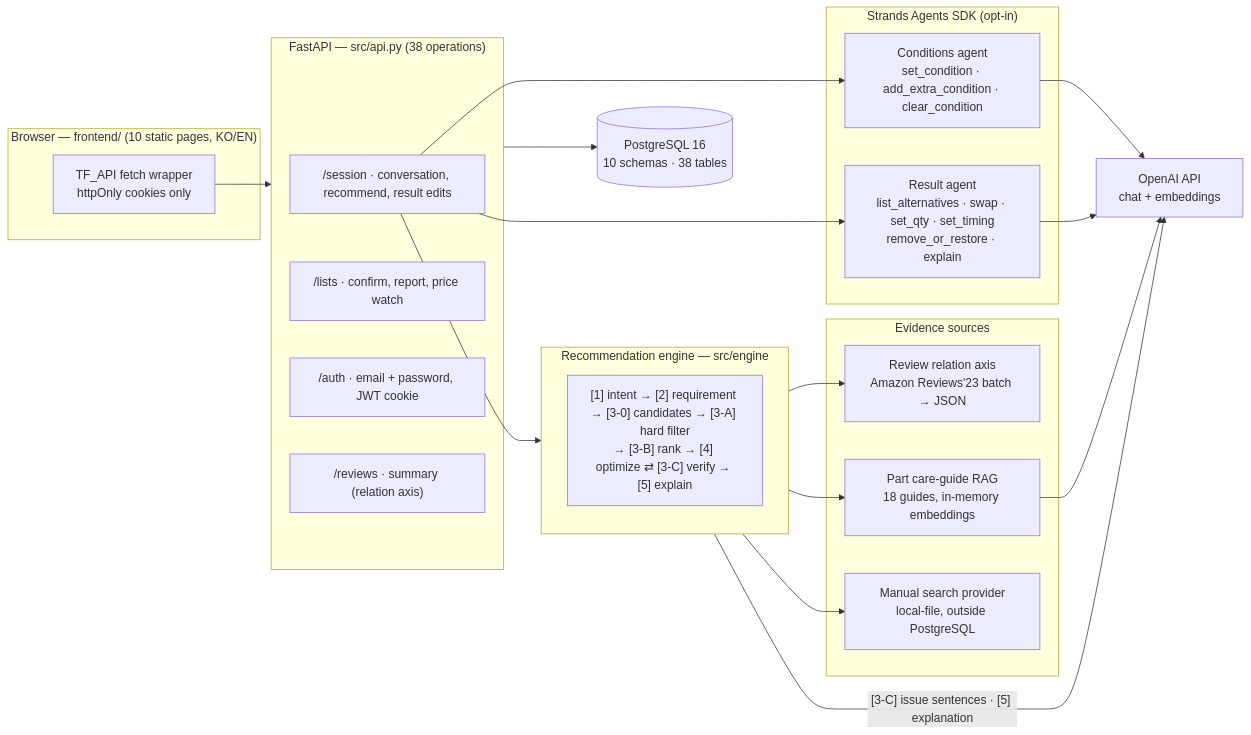
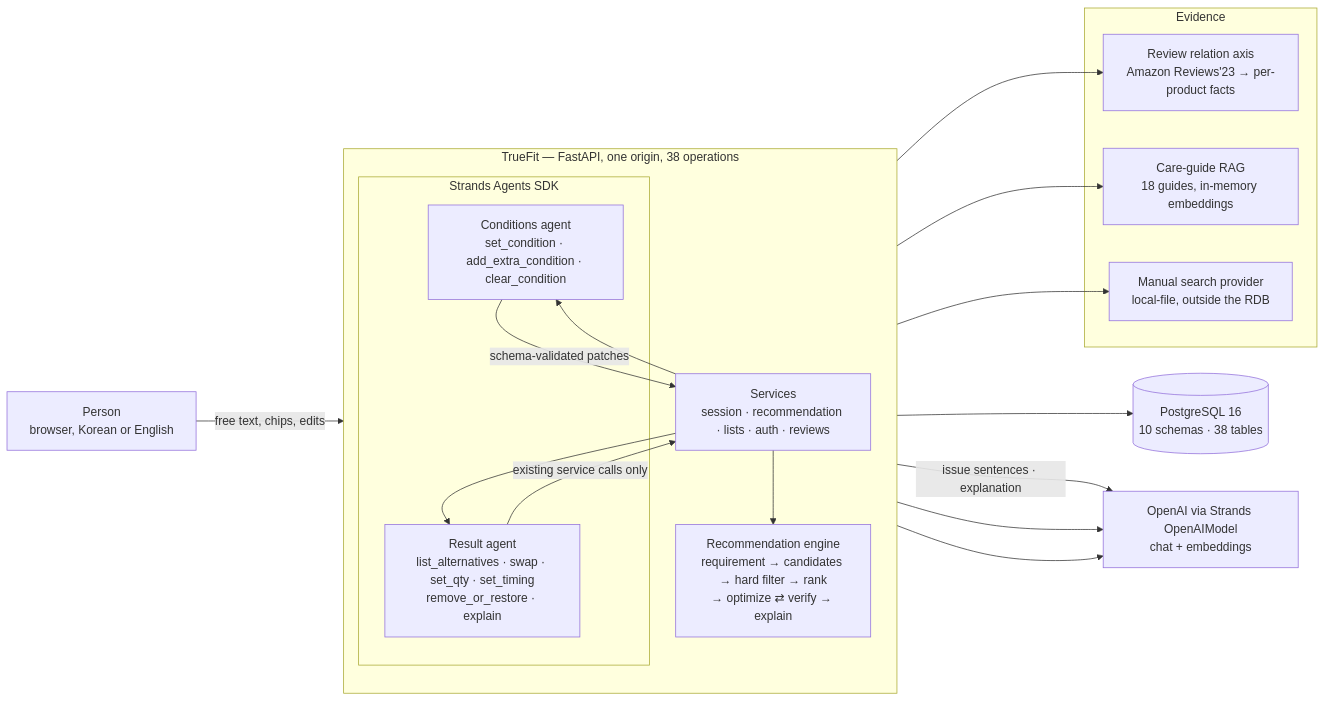
Before and after one commit to SKNETWORKS-FAMILY-AICAMP/SKN32-FINAL-4TEAM: the diagram in README.md, drawn with Mermaid. The commit also changed other lines of this file and 7 other files, not shown here.

````diff
--- a/README.md
+++ b/README.md
@@ -29,33 +85,33 @@
 ```mermaid
 flowchart LR
-  subgraph Browser["Browser — frontend/ (10 static pages, KO/EN)"]
-    UI["TF_API fetch wrapper<br/>httpOnly cookies only"]
+  U["Person<br/>browser, Korean or English"]
+  subgraph App["TrueFit — FastAPI, one origin, 38 operations"]
+    direction TB
+    SVC["Services<br/>session · recommendation · lists · auth · reviews"]
+    subgraph Strands["Strands Agents SDK"]
+      CA["Conditions agent<br/>set_condition · add_extra_condition · clear_condition"]
+      RA["Result agent<br/>list_alternatives · swap · set_qty · set_timing<br/>remove_or_restore · explain"]
+    end
+    ENG["Recommendation engine<br/>requirement → candidates → hard filter → rank<br/>→ optimize ⇄ verify → explain"]
   end
-  subgraph API["FastAPI — src/api.py (38 operations)"]
-    S["/session · conversation, recommend, result edits"]
-    L["/lists · confirm, report, price watch"]
-    A["/auth · email + password, JWT cookie"]
-    RV["/reviews · summary (relation axis)"]
-  end
-  subgraph Agents["Strands Agents SDK (opt-in)"]
-    CA["Conditions agent<br/>set_condition · add_extra_condition · clear_condition"]
-    RA["Result agent<br/>list_alternatives · swap · set_qty · set_timing<br/>remove_or_restore · explain"]
-  end
-  subgraph Engine["Recommendation engine — src/engine"]
-    E["[1] intent → [2] requirement → [3-0] candidates → [3-A] hard filter<br/>→ [3-B] rank → [4] optimize ⇄ [3-C] verify → [5] explain"]
-  end
-  subgraph Evidence["Evidence sources"]
-    RX["Review relation axis<br/>Amazon Reviews'23 batch → JSON"]
-    CG["Part care-guide RAG<br/>18 guides, in-memory embeddings"]
-    MR["Manual search provider<br/>local-file, outside PostgreSQL"]
+  subgraph Ev["Evidence"]
+    RX["Review relation axis<br/>Amazon Reviews'23 → per-product facts"]
+    CG["Care-guide RAG<br/>18 guides, in-memory embeddings"]
+    MR["Manual search provider<br/>local-file, outside the RDB"]
   end
   DB[("PostgreSQL 16<br/>10 schemas · 38 tables")]
-  LLM["OpenAI API<br/>chat + embeddings"]
-  UI --> API
-  S --> CA & RA & Engine
-  Engine --> RX & CG & MR
-  API --> DB
-  CA & RA --> LLM
-  Engine -- "[3-C] issue sentences · [5] explanation" --> LLM
-  CG --> LLM
+  LLM["OpenAI via Strands OpenAIModel<br/>chat + embeddings"]
+  U -- "free text, chips, edits" --> SVC
+  SVC --> CA
+  SVC --> RA
+  SVC --> ENG
+  CA -- "schema-validated patches" --> SVC
+  RA -- "existing service calls only" --> SVC
+  ENG --> RX
+  ENG --> CG
+  ENG --> MR
+  ENG -- "issue sentences · explanation" --> LLM
+  CA --> LLM
+  RA --> LLM
+  SVC --> DB
 ```
````
